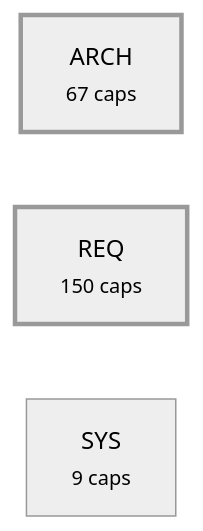
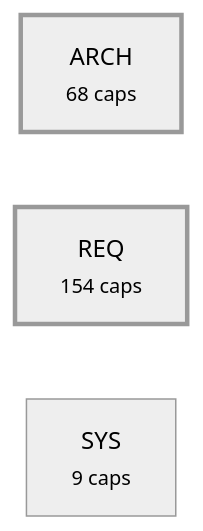
One commit to alxmax/Requirement-manager changed the fourth of 5 diagrams in plugin/requirements/_map.md. Above: the diagram before and after it, drawn with Mermaid (neutral theme). The commit also changed other lines of this file and 18 other files, not shown here.

````diff
--- a/plugin/requirements/_map.md
+++ b/plugin/requirements/_map.md
@@ -926,8 +942,8 @@
 ```mermaid
 graph LR
-  a_ARCH["ARCH<br><small>67 caps</small>"]
-  a_REQ["REQ<br><small>150 caps</small>"]
+  a_ARCH["ARCH<br><small>68 caps</small>"]
+  a_REQ["REQ<br><small>154 caps</small>"]
   a_SYS["SYS<br><small>9 caps</small>"]
   style a_ARCH stroke-width:3px
   style a_REQ stroke-width:3px
 ```
````
